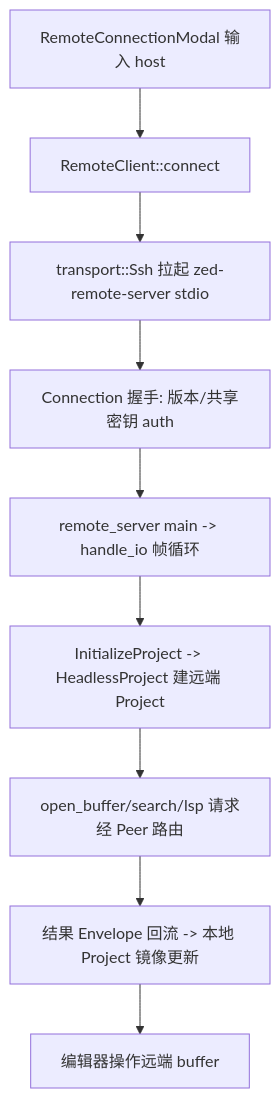
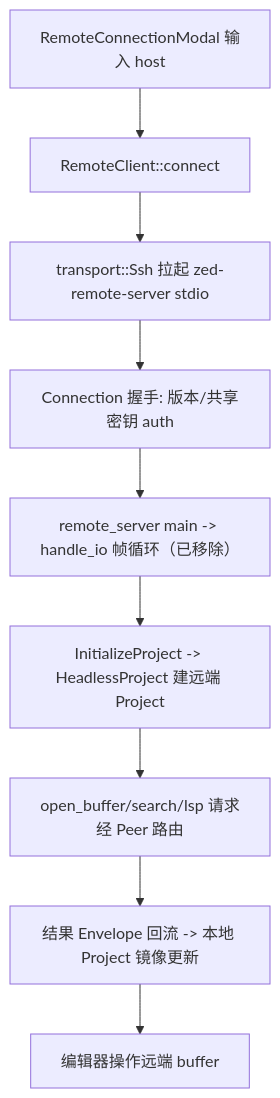
Before and after one commit to rzhangjing/zed: the diagram in wiki/Remote-Deep-Dive.md, drawn with Mermaid. The commit also changed other lines of this file and 50 other files, not shown here.

````diff
--- a/wiki/Remote-Deep-Dive.md
+++ b/wiki/Remote-Deep-Dive.md
@@ -57,11 +57,11 @@
 ```mermaid
 graph TB
     A[RemoteConnectionModal 输入 host] --> B[RemoteClient::connect]
     B --> C[transport::Ssh 拉起 zed-remote-server stdio]
     C --> D[Connection 握手: 版本/共享密钥 auth]
-    D --> E[remote_server main -> handle_io 帧循环]
+    D --> E["remote_server main -> handle_io 帧循环（已移除）"]
     E --> F[InitializeProject -> HeadlessProject 建远端 Project]
     F --> G[open_buffer/search/lsp 请求经 Peer 路由]
     G --> H[结果 Envelope 回流 -> 本地 Project 镜像更新]
     H --> I[编辑器操作远端 buffer]
 ```
````
